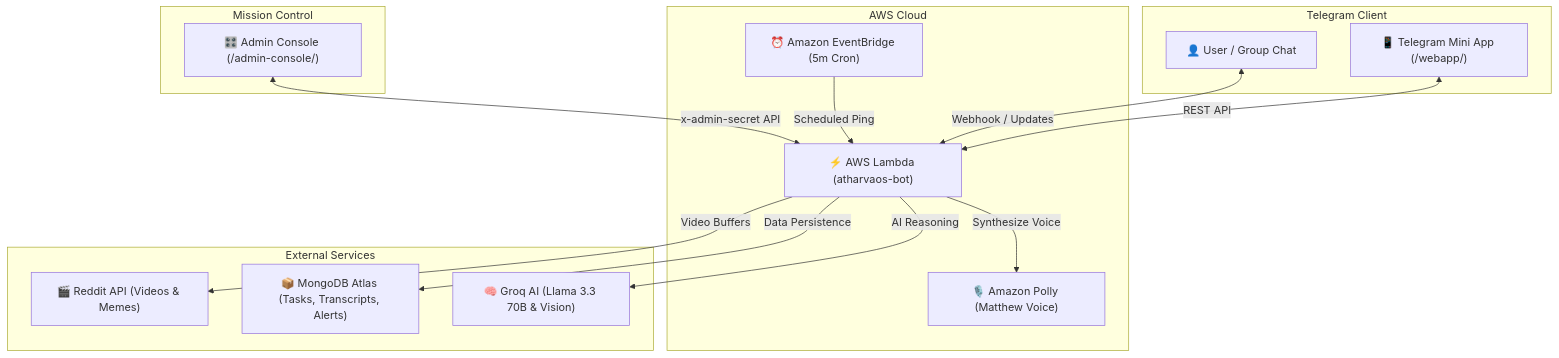
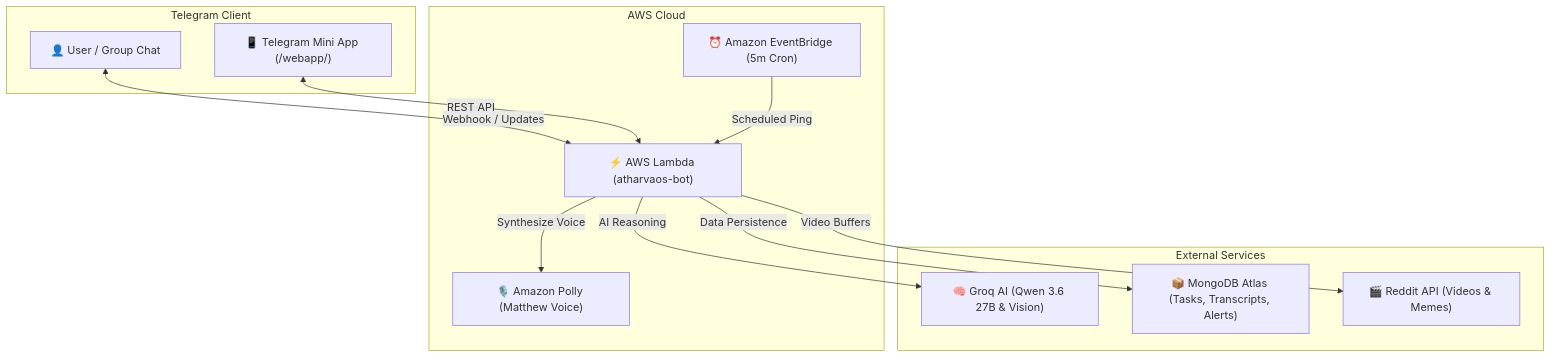
One commit to atharvabaodhankar/Atharva-Productivity-BOT changed the diagram in README.md. Above: the diagram before and after it, drawn with Mermaid. The commit also changed other lines of this file, not shown here.

Commit message:
docs: remove admin console references from README

````diff
--- a/README.md
+++ b/README.md
@@ -74,33 +71,28 @@
 ```mermaid
 flowchart TD
     subgraph Telegram Client
         TG["👤 User / Group Chat"]
         MA["📱 Telegram Mini App (/webapp/)"]
-    end
-
-    subgraph Mission Control
-        AC["🎛️ Admin Console (/admin-console/)"]
     end
 
     subgraph AWS Cloud
         LAMBDA["⚡ AWS Lambda (atharvaos-bot)"]
         EB["⏰ Amazon EventBridge (5m Cron)"]
         POLLY["🎙️ Amazon Polly (Matthew Voice)"]
     end
 
     subgraph External Services
-        GROQ["🧠 Groq AI (Llama 3.3 70B & Vision)"]
+        GROQ["🧠 Groq AI (Qwen 3.6 27B & Vision)"]
         MONGO["📦 MongoDB Atlas (Tasks, Transcripts, Alerts)"]
         REDDIT["🎬 Reddit API (Videos & Memes)"]
     end
 
     TG <-->|"Webhook / Updates"| LAMBDA
     MA <-->|"REST API"| LAMBDA
-    AC <-->|"x-admin-secret API"| LAMBDA
 
     EB -->|"Scheduled Ping"| LAMBDA
     LAMBDA -->|"Synthesize Voice"| POLLY
     LAMBDA -->|"AI Reasoning"| GROQ
     LAMBDA -->|"Data Persistence"| MONGO
     LAMBDA -->|"Video Buffers"| REDDIT
 ```
````
